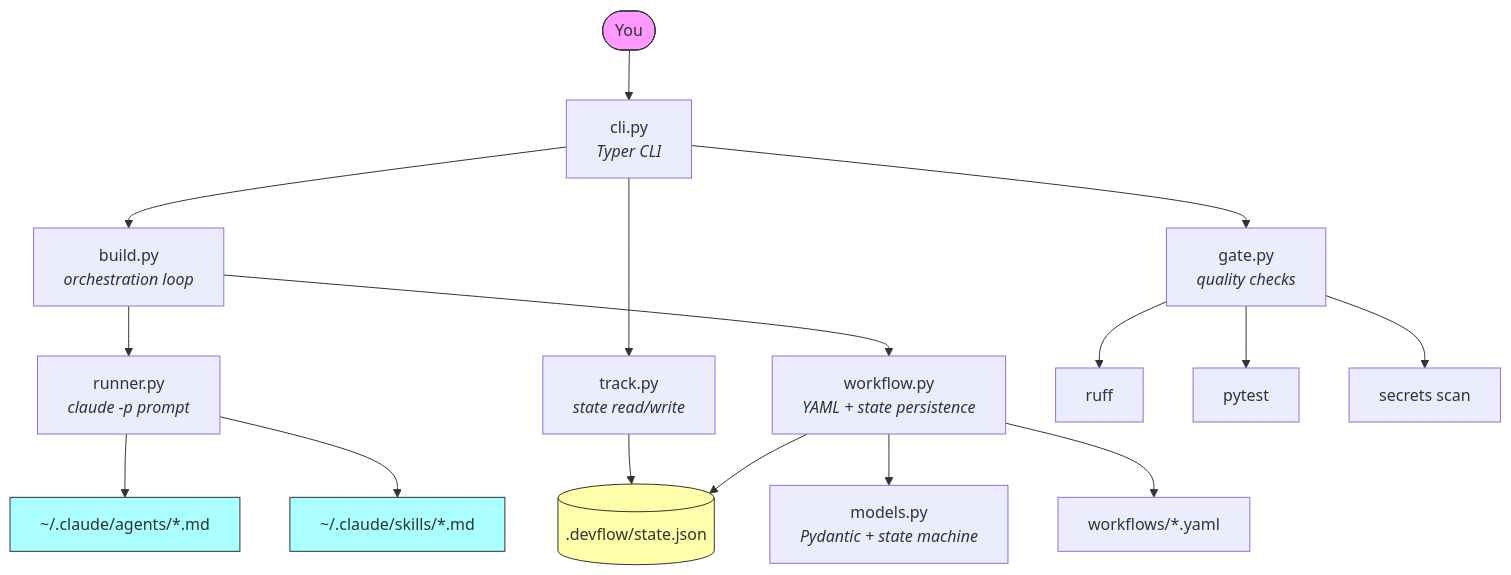
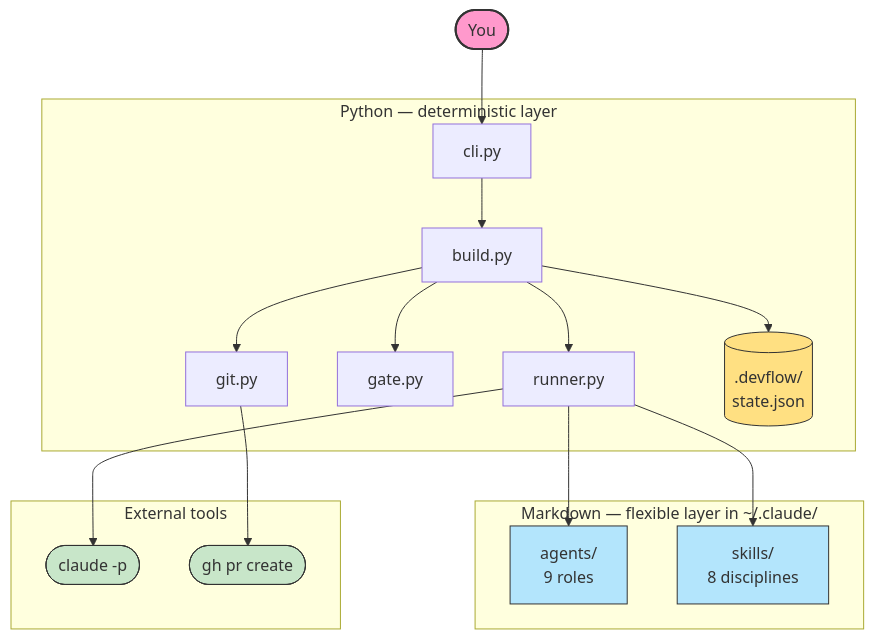
The first of 2 diagrams in README.md (justineraze/devflow-ai), drawn with Mermaid before and after one commit. The commit also changed other lines of this file and 2 other files, not shown here.

Commit message:
feat: Mermaid readability + doctor check for default model
README:
- Architecture diagram uses subgraphs (Python / Markdown / External)
  and colored node classes — much easier to follow
- State machine uses LR direction with cleaner labels and a note for
  failed/blocked cases instead of overlapping transitions

Doctor:
- New check_claude_default_model flags Opus as the global default
  and suggests switching to Sonnet (devflow overrides per phase, but
  general interactive claude usage benefits too)
- 4 new tests for the check, +1 for run_doctor total count (198)

````diff
--- a/README.md
+++ b/README.md
@@ -89,28 +89,43 @@
 ```mermaid
-graph TD
-    YOU([You]) --> CLI[cli.py<br><i>Typer CLI</i>]
+flowchart TB
+    YOU([You])
 
-    CLI --> BUILD[build.py<br><i>orchestration loop</i>]
-    CLI --> TRACK[track.py<br><i>state read/write</i>]
-    CLI --> GATE[gate.py<br><i>quality checks</i>]
+    subgraph CORE[Python — deterministic layer]
+        CLI[cli.py]
+        BUILD[build.py]
+        RUNNER[runner.py]
+        GATE[gate.py]
+        GIT[git.py]
+        STATE[(.devflow/<br>state.json)]
+    end
 
-    BUILD --> RUNNER[runner.py<br><i>claude -p prompt</i>]
-    BUILD --> WORKFLOW[workflow.py<br><i>YAML + state persistence</i>]
+    subgraph ASSETS[Markdown — flexible layer in ~/.claude/]
+        AGENTS[agents/<br>9 roles]
+        SKILLS[skills/<br>8 disciplines]
+    end
 
-    TRACK --> STATE[(.devflow/state.json)]
-    WORKFLOW --> STATE
-    WORKFLOW --> MODELS[models.py<br><i>Pydantic + state machine</i>]
-    WORKFLOW --> YAMLS[workflows/*.yaml]
+    subgraph TOOLS[External tools]
+        CLAUDE([claude -p])
+        GH([gh pr create])
+    end
 
-    GATE --> RUFF[ruff]
-    GATE --> PYTEST[pytest]
-    GATE --> SECRETS[secrets scan]
+    YOU --> CLI
+    CLI --> BUILD
+    BUILD --> RUNNER
+    BUILD --> GIT
+    BUILD --> STATE
+    RUNNER --> CLAUDE
+    RUNNER --> AGENTS
+    RUNNER --> SKILLS
+    GIT --> GH
+    BUILD --> GATE
 
-    RUNNER --> AGENTS[~/.claude/agents/*.md]
-    RUNNER --> SKILLS[~/.claude/skills/*.md]
-
-    style YOU fill:#f9f,stroke:#333
-    style STATE fill:#ffa,stroke:#333
-    style AGENTS fill:#aff,stroke:#333
-    style SKILLS fill:#aff,stroke:#333
+    classDef user fill:#f9c,stroke:#333,stroke-width:2px
+    classDef data fill:#ffe082,stroke:#333
+    classDef md fill:#b3e5fc,stroke:#333
+    classDef ext fill:#c8e6c9,stroke:#333
+    class YOU user
+    class STATE data
+    class AGENTS,SKILLS md
+    class CLAUDE,GH ext
 ```
````
